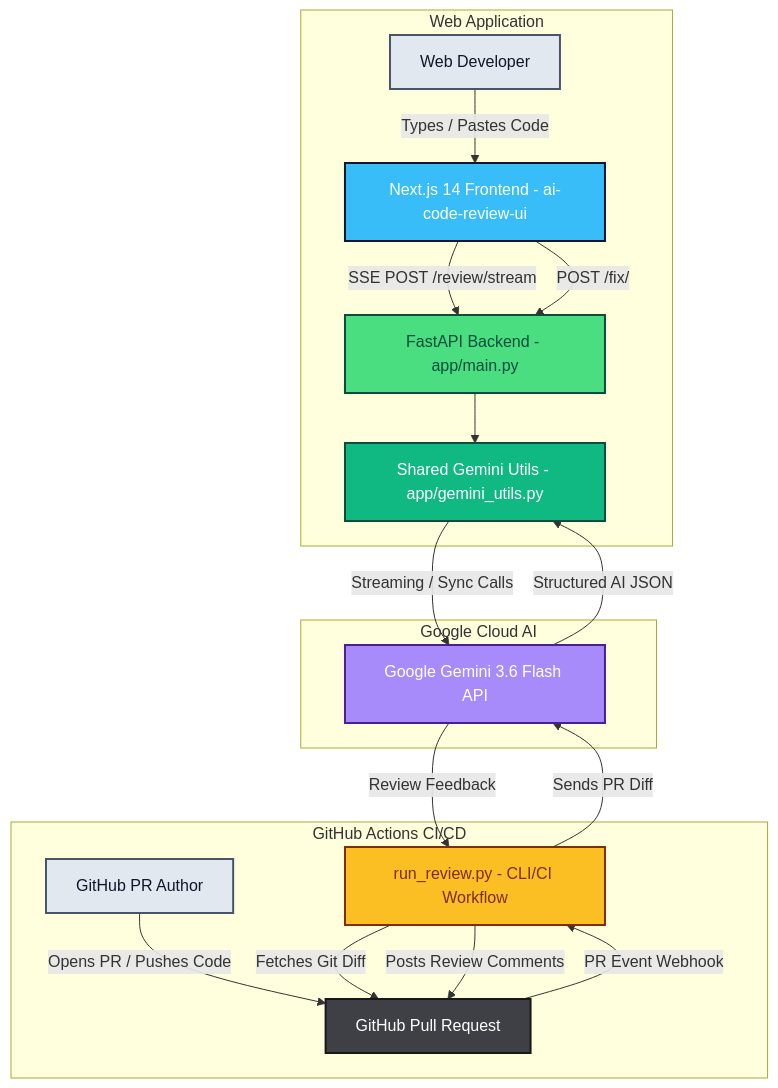
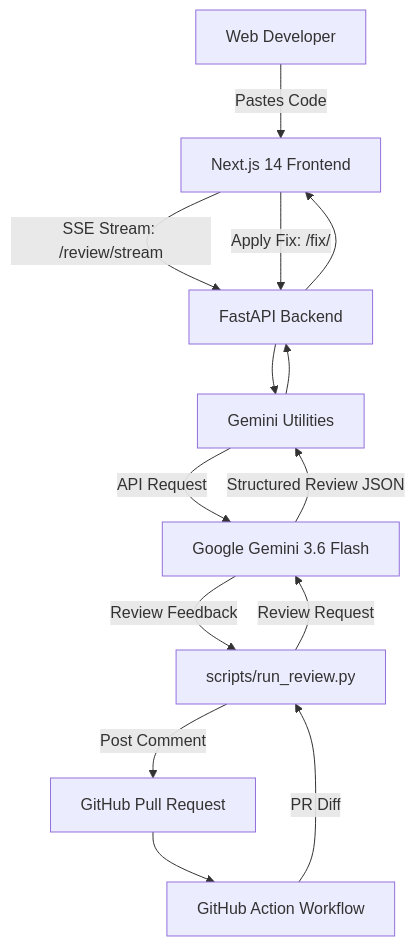
The diagram in README.md (subhajit1560/AI-Code-Reviewer), drawn with Mermaid before and after one commit.

Commit message:
Simplify Mermaid architecture diagram for GitHub rich display

````diff
--- a/README.md
+++ b/README.md
@@ -32,45 +32,17 @@
 ```mermaid
-graph TD
-    User_Web["Web Developer"]
-    User_Git["GitHub PR Author"]
+flowchart TD
+    User["Web Developer"] -->|Pastes Code| UI["Next.js 14 Frontend"]
+    UI -->|SSE Stream: /review/stream| Backend["FastAPI Backend"]
+    UI -->|Apply Fix: /fix/| Backend
+    Backend --> Utils["Gemini Utilities"]
+    Utils -->|API Request| Gemini["Google Gemini 3.6 Flash"]
+    Gemini -->|Structured Review JSON| Utils
+    Utils --> Backend
+    Backend --> UI
 
-    subgraph Web_App ["Web Application"]
-        UI["Next.js 14 Frontend - ai-code-review-ui"]
-        Backend["FastAPI Backend - app/main.py"]
-        Utils["Shared Gemini Utils - app/gemini_utils.py"]
-        
-        User_Web -->|Types / Pastes Code| UI
-        UI -->|SSE POST /review/stream| Backend
-        UI -->|POST /fix/| Backend
-        Backend --> Utils
-    end
-
-    subgraph CI_CD ["GitHub Actions CI/CD"]
-        GitHub["GitHub Pull Request"]
-        Script["run_review.py - CLI/CI Workflow"]
-
-        User_Git -->|Opens PR / Pushes Code| GitHub
-        GitHub -->|PR Event Webhook| Script
-        Script -->|Fetches Git Diff| GitHub
-        Script -->|Posts Review Comments| GitHub
-    end
-
-    subgraph AI_Cloud ["Google Cloud AI"]
-        Gemini["Google Gemini 3.6 Flash API"]
-    end
-
-    Utils -->|Streaming / Sync Calls| Gemini
-    Gemini -->|Structured AI JSON| Utils
-    Script -->|Sends PR Diff| Gemini
+    PR["GitHub Pull Request"] --> Action["GitHub Action Workflow"]
+    Action -->|PR Diff| Script["scripts/run_review.py"]
+    Script -->|Review Request| Gemini
     Gemini -->|Review Feedback| Script
-
-    style User_Web fill:#e2e8f0,stroke:#475569,stroke-width:2px,color:#0f172a
-    style User_Git fill:#e2e8f0,stroke:#475569,stroke-width:2px,color:#0f172a
-    style UI fill:#38bdf8,stroke:#0f172a,stroke-width:2px,color:#fff
-    style Backend fill:#4ade80,stroke:#064e3b,stroke-width:2px,color:#064e3b
-    style Utils fill:#10b981,stroke:#064e3b,stroke-width:2px,color:#fff
-    style GitHub fill:#3f3f46,stroke:#18181b,stroke-width:2px,color:#fff
-    style Script fill:#fbbf24,stroke:#7c2d12,stroke-width:2px,color:#7c2d12
-    style Gemini fill:#a78bfa,stroke:#4c1d95,stroke-width:2px,color:#fff
-
+    Script -->|Post Comment| PR
 ```
````
